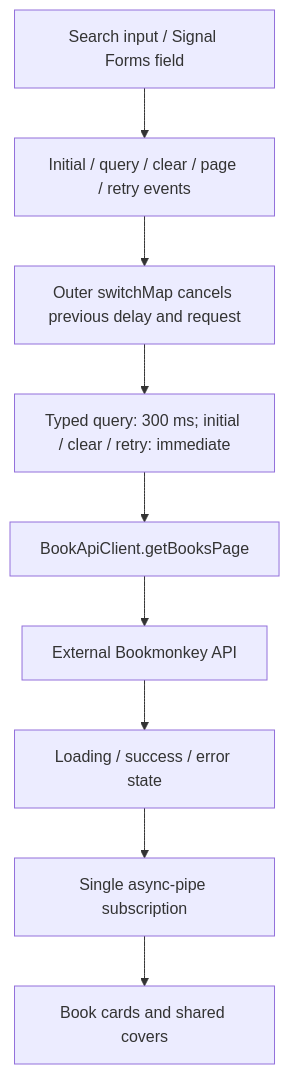
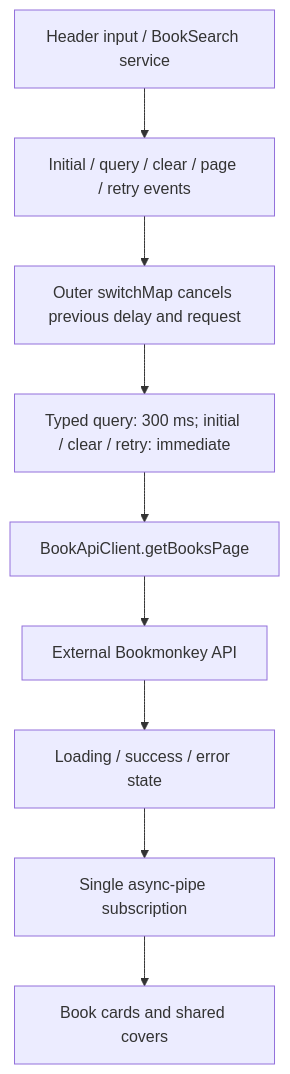
The diagram in ARCHITECTURE.md (lopitz97/ki-software-engineer), drawn with Mermaid before and after one commit. The commit also changed other lines of this file and 10 other files, not shown here.

Commit message:
feat: implement search functionality in header and book list with shared state management

````diff
--- a/ARCHITECTURE.md
+++ b/ARCHITECTURE.md
@@ -86,11 +101,11 @@
 ```mermaid
 flowchart TD
-    Input[Search input / Signal Forms field] --> Events[Initial / query / clear / page / retry events]
+    Input[Header input / BookSearch service] --> Events[Initial / query / clear / page / retry events]
     Events --> Switch[Outer switchMap cancels previous delay and request]
     Switch --> Delay[Typed query: 300 ms; initial / clear / retry: immediate]
     Delay --> Client[BookApiClient.getBooksPage]
     Client --> API[External Bookmonkey API]
     API --> State[Loading / success / error state]
     State --> Async[Single async-pipe subscription]
     Async --> Cards[Book cards and shared covers]
 ```
````
